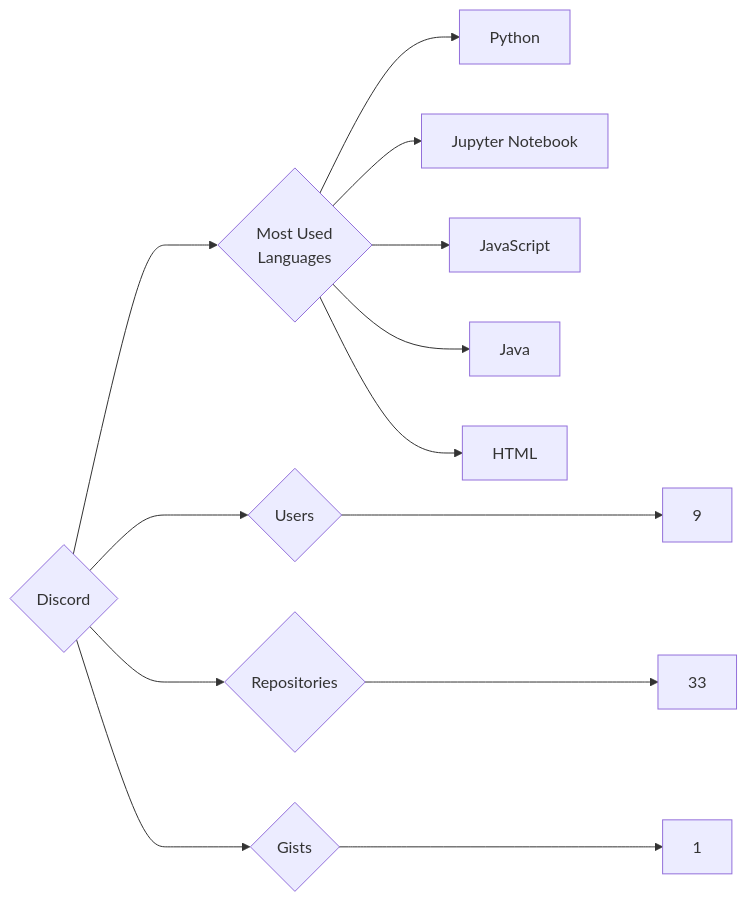
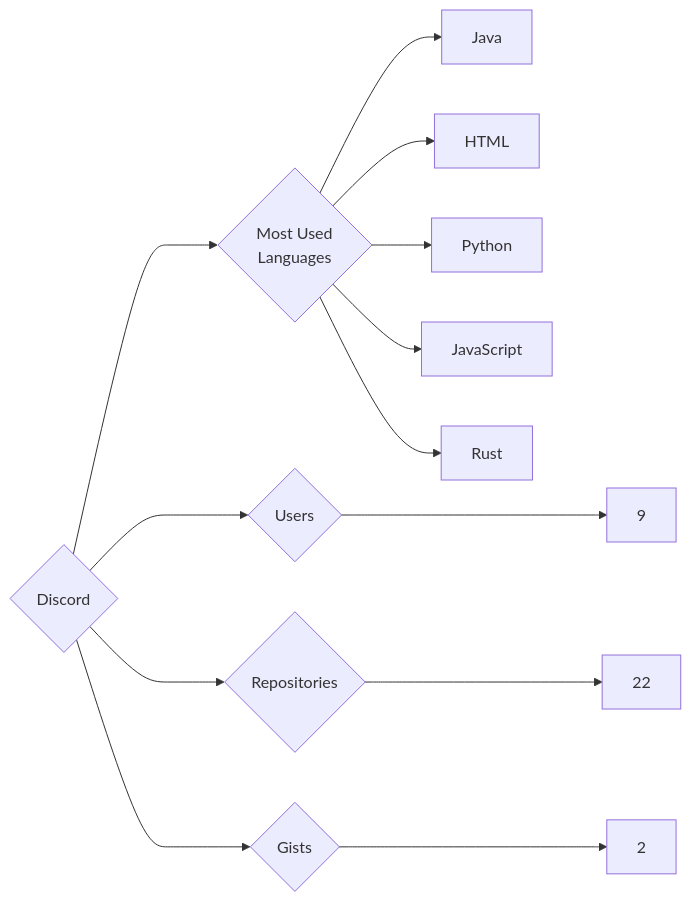
Before and after one commit to trickest/insiders: the diagram in targets/Discord/README.md, drawn with Mermaid. The commit also changed 1078 other files, not shown here.

````diff
--- a/targets/Discord/README.md
+++ b/targets/Discord/README.md
@@ -3,13 +3,13 @@
 ```mermaid
 graph LR
 COMPANY_NAME{Discord}
 COMPANY_NAME ---> U{Users} ---> UN[9]
-COMPANY_NAME ---> R{Repositories} ---> RN[33]
-COMPANY_NAME ---> G{Gists} ---> GN[1]
+COMPANY_NAME ---> R{Repositories} ---> RN[22]
+COMPANY_NAME ---> G{Gists} ---> GN[2]
 COMPANY_NAME ---> ML{Most Used<br>Languages}
-ML --> Python[Python]
-ML --> Jupyter_Notebook[Jupyter Notebook]
-ML --> JavaScript[JavaScript]
 ML --> Java[Java]
 ML --> HTML[HTML]
+ML --> Python[Python]
+ML --> JavaScript[JavaScript]
+ML --> Rust[Rust]
 ```
````
